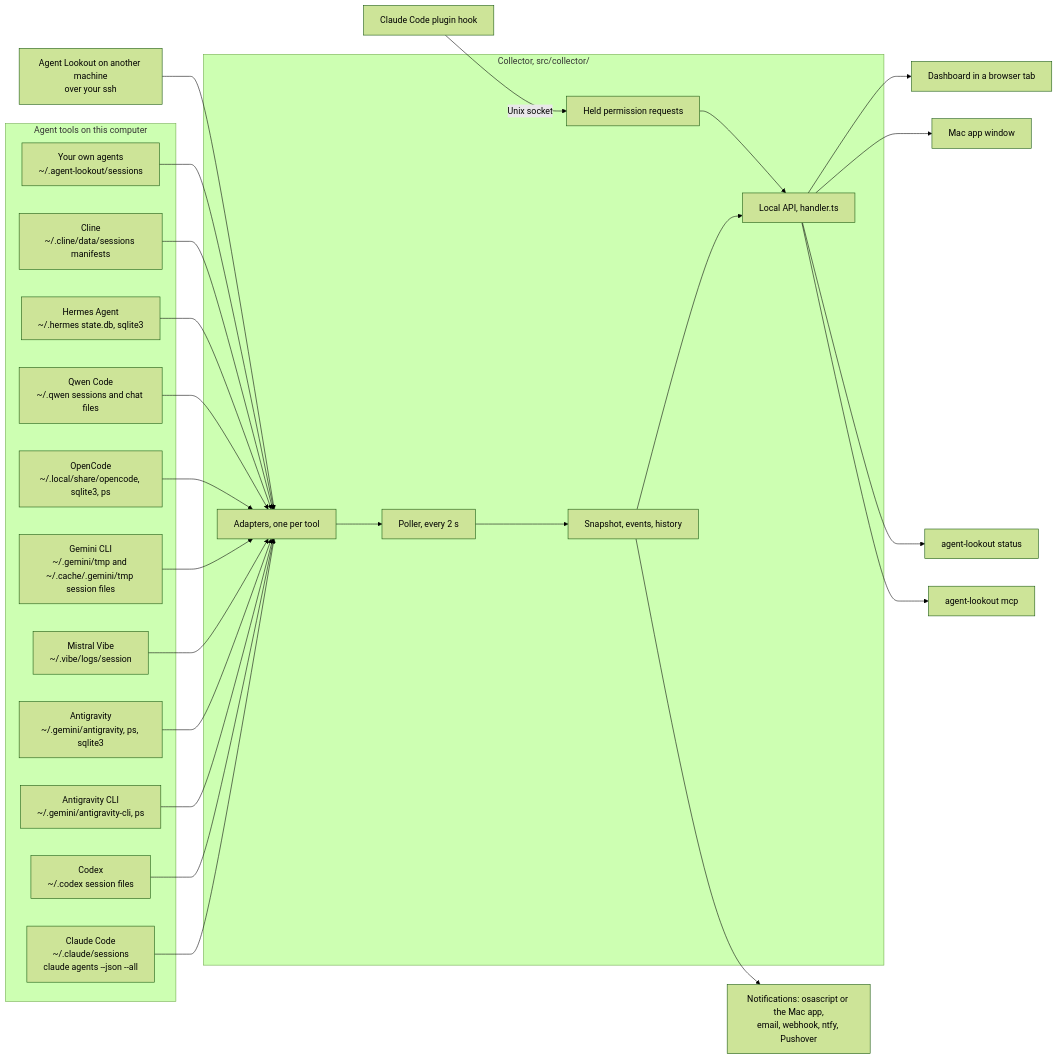
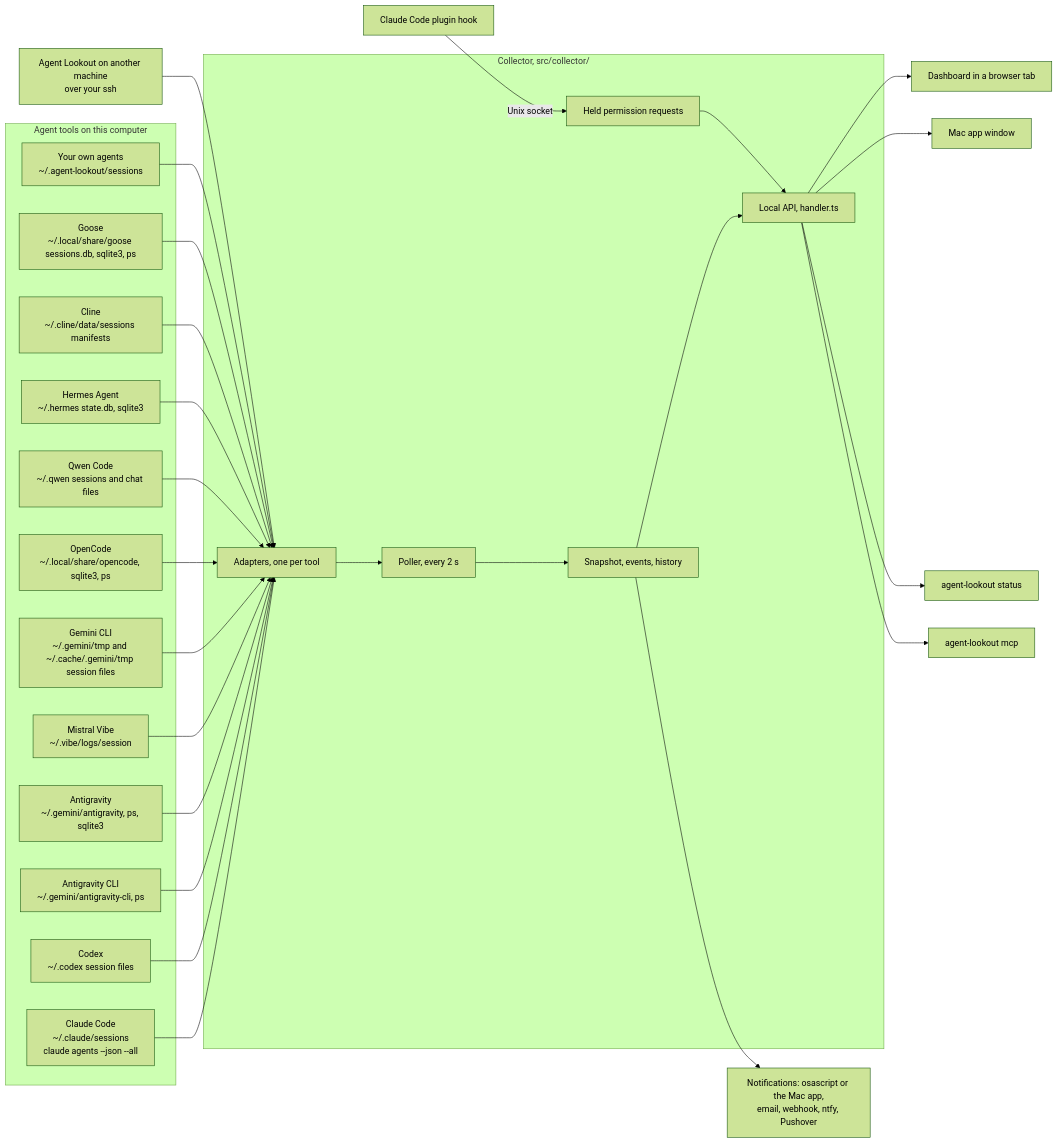
Before and after one commit to Olanetsoft/agent-lookout: the first of 4 diagrams in docs/TOUR.md, drawn with Mermaid (forest theme). The commit also changed other lines of this file and 64 other files, not shown here.

````diff
--- a/docs/TOUR.md
+++ b/docs/TOUR.md
@@ -29,45 +29,47 @@
 ```mermaid
 flowchart LR
   subgraph tools["Agent tools on this computer"]
     cc["Claude Code<br/>~/.claude/sessions<br/>claude agents --json --all"]
     cx["Codex<br/>~/.codex session files"]
     ag["Antigravity CLI<br/>~/.gemini/antigravity-cli, ps"]
     aa["Antigravity<br/>~/.gemini/antigravity, ps, sqlite3"]
     mv["Mistral Vibe<br/>~/.vibe/logs/session"]
     gc["Gemini CLI<br/>~/.gemini/tmp and ~/.cache/.gemini/tmp session files"]
     oc["OpenCode<br/>~/.local/share/opencode, sqlite3, ps"]
     qw["Qwen Code<br/>~/.qwen sessions and chat files"]
     ha["Hermes Agent<br/>~/.hermes state.db, sqlite3"]
     cl["Cline<br/>~/.cline/data/sessions manifests"]
+    gs["Goose<br/>~/.local/share/goose sessions.db, sqlite3, ps"]
     sf["Your own agents<br/>~/.agent-lookout/sessions"]
   end
   remote["Agent Lookout on another machine<br/>over your ssh"]
   plugin["Claude Code plugin hook"]
   subgraph collector["Collector, src/collector/"]
     adapters["Adapters, one per tool"]
     poller["Poller, every 2 s"]
     snap["Snapshot, events, history"]
     api["Local API, handler.ts"]
     held["Held permission requests"]
   end
   cc --> adapters
   cx --> adapters
   ag --> adapters
   aa --> adapters
   mv --> adapters
   gc --> adapters
   oc --> adapters
   qw --> adapters
   ha --> adapters
   cl --> adapters
+  gs --> adapters
   sf --> adapters
   remote --> adapters
   plugin -->|"Unix socket"| held
   adapters --> poller --> snap --> api
   held --> api
   api --> page["Dashboard in a browser tab"]
   api --> mac["Mac app window"]
   api --> status["agent-lookout status"]
   api --> mcp["agent-lookout mcp"]
   snap --> channels["Notifications: osascript or the Mac app,<br/>email, webhook, ntfy, Pushover"]
 ```
````
